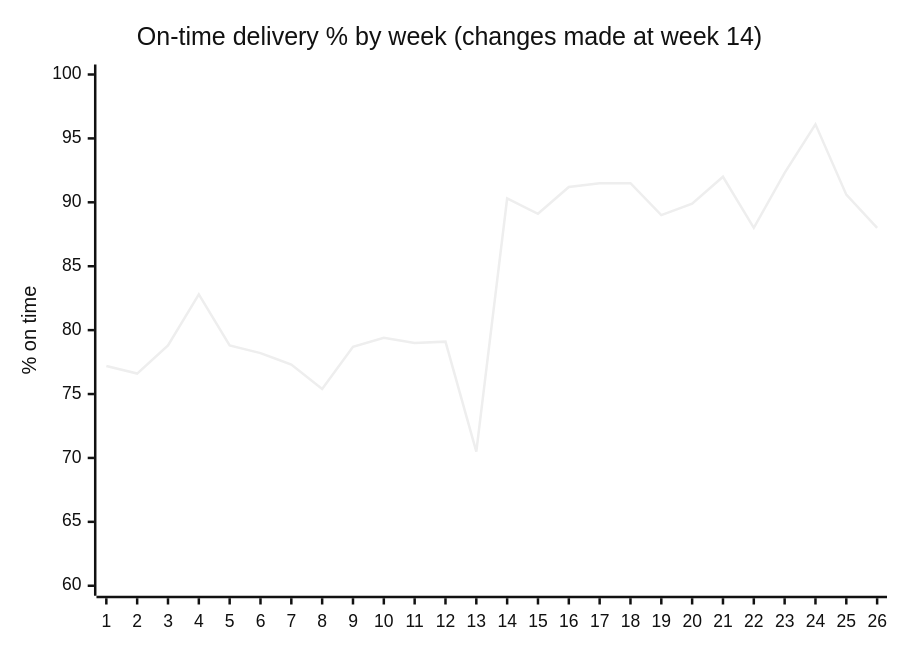
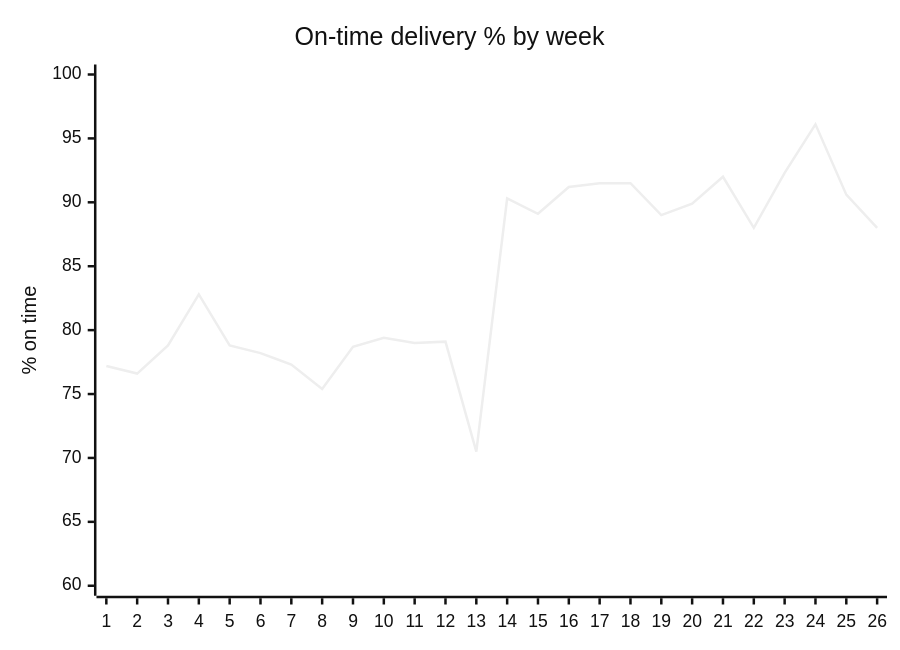
One commit to ShivJatana/fleet-kpi-dashboard changed the diagram in README.md. Above: the diagram before and after it, drawn with Mermaid (neutral theme). The commit also changed other lines of this file, not shown here.

````diff
--- a/README.md
+++ b/README.md
@@ -35,7 +35,7 @@
 ```mermaid
 xychart-beta
-    title "On-time delivery % by week (changes made at week 14)"
+    title "On-time delivery % by week"
     x-axis [1, 2, 3, 4, 5, 6, 7, 8, 9, 10, 11, 12, 13, 14, 15, 16, 17, 18, 19, 20, 21, 22, 23, 24, 25, 26]
     y-axis "% on time" 60 --> 100
     line [77.2, 76.6, 78.8, 82.8, 78.8, 78.2, 77.3, 75.4, 78.7, 79.4, 79.0, 79.1, 70.5, 90.3, 89.1, 91.2, 91.5, 91.5, 89.0, 89.9, 92.0, 88.0, 92.3, 96.1, 90.6, 88.0]
 ```
````
